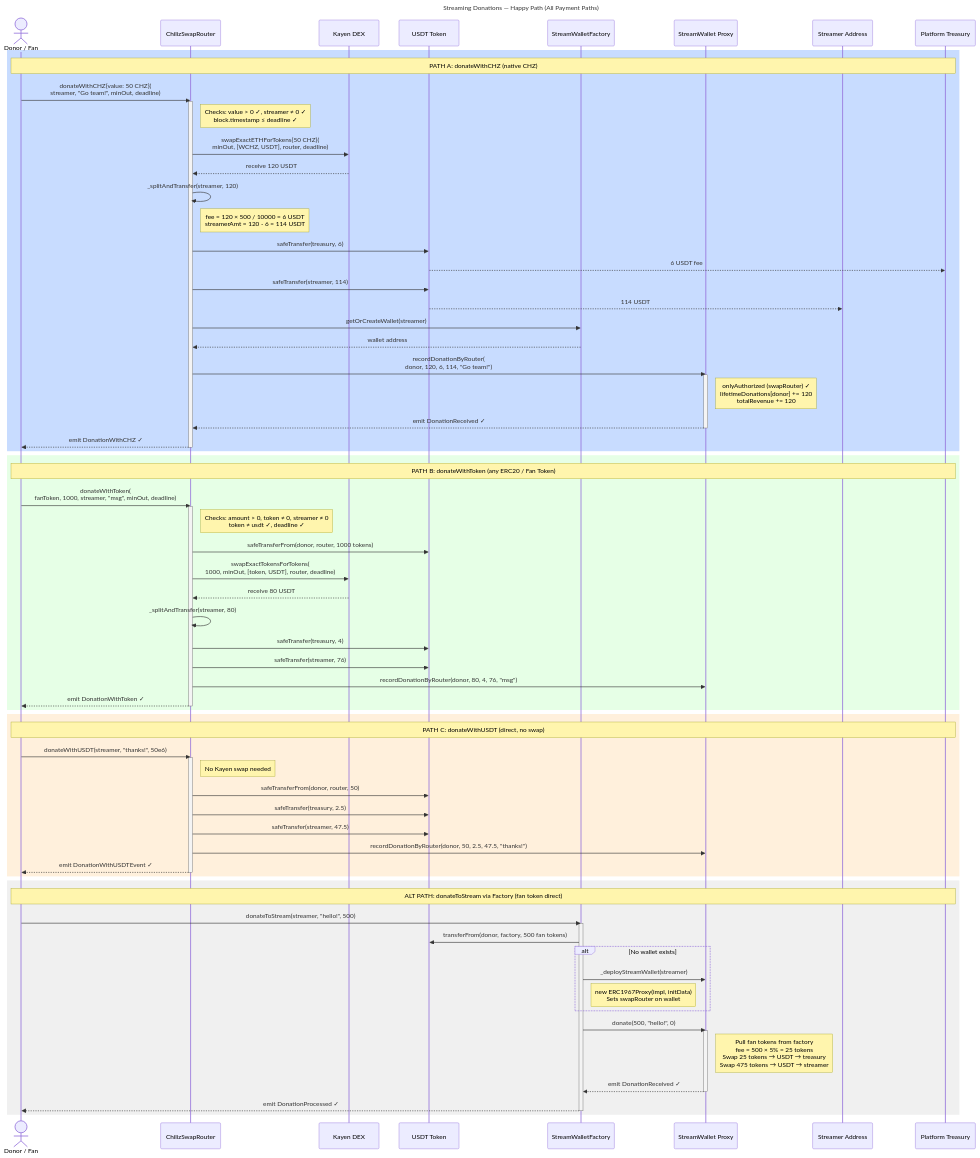
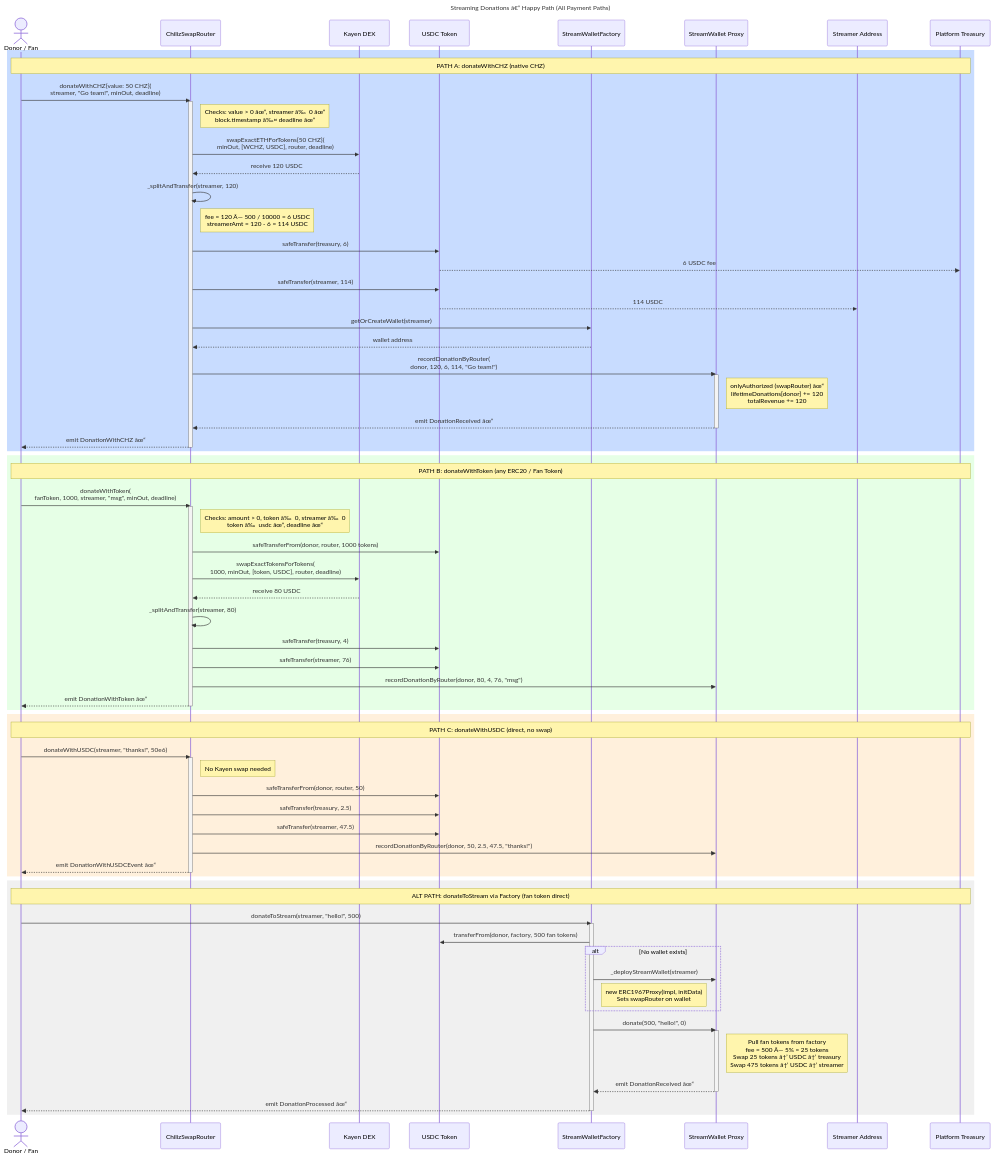
Before and after one commit to ChilizTV/smart-contracts: the fifth of 8 diagrams in SEQUENCE_DIAGRAMS.md, drawn with Mermaid. The commit also changed other lines of this file and 1 other file, not shown here.

````diff
--- a/SEQUENCE_DIAGRAMS.md
+++ b/SEQUENCE_DIAGRAMS.md
@@ -454,12 +454,12 @@
 ```mermaid
 sequenceDiagram
-    title Streaming Donations — Happy Path (All Payment Paths)
+    title Streaming Donations â€” Happy Path (All Payment Paths)
 
     actor Donor as Donor / Fan
     
     participant SwapRouter as ChilizSwapRouter
     participant Kayen as Kayen DEX
-    participant USDT as USDT Token
+    participant USDC as USDC Token
     participant SWFactory as StreamWalletFactory
     participant Wallet as StreamWallet Proxy
     participant Streamer as Streamer Address
@@ -470,30 +470,30 @@
 
         Donor->>SwapRouter: donateWithCHZ{value: 50 CHZ}(<br/>  streamer, "Go team!", minOut, deadline)
         activate SwapRouter
-        Note right of SwapRouter: Checks: value > 0 ✓, streamer ≠ 0 ✓<br/>block.timestamp ≤ deadline ✓
+        Note right of SwapRouter: Checks: value > 0 âœ“, streamer â‰  0 âœ“<br/>block.timestamp â‰¤ deadline âœ“
 
-        SwapRouter->>Kayen: swapExactETHForTokens{50 CHZ}(<br/>  minOut, [WCHZ, USDT], router, deadline)
-        Kayen-->>SwapRouter: receive 120 USDT
+        SwapRouter->>Kayen: swapExactETHForTokens{50 CHZ}(<br/>  minOut, [WCHZ, USDC], router, deadline)
+        Kayen-->>SwapRouter: receive 120 USDC
 
         SwapRouter->>SwapRouter: _splitAndTransfer(streamer, 120)
-        Note right of SwapRouter: fee = 120 × 500 / 10000 = 6 USDT<br/>streamerAmt = 120 - 6 = 114 USDT
+        Note right of SwapRouter: fee = 120 Ã— 500 / 10000 = 6 USDC<br/>streamerAmt = 120 - 6 = 114 USDC
 
-        SwapRouter->>USDT: safeTransfer(treasury, 6)
-        USDT-->>Treasury: 6 USDT fee
+        SwapRouter->>USDC: safeTransfer(treasury, 6)
+        USDC-->>Treasury: 6 USDC fee
 
-        SwapRouter->>USDT: safeTransfer(streamer, 114)
-        USDT-->>Streamer: 114 USDT
+        SwapRouter->>USDC: safeTransfer(streamer, 114)
+        USDC-->>Streamer: 114 USDC
 
         SwapRouter->>SWFactory: getOrCreateWallet(streamer)
         SWFactory-->>SwapRouter: wallet address
 
         SwapRouter->>Wallet: recordDonationByRouter(<br/>  donor, 120, 6, 114, "Go team!")
         activate Wallet
-        Note right of Wallet: onlyAuthorized (swapRouter) ✓<br/>lifetimeDonations[donor] += 120<br/>totalRevenue += 120
-        Wallet-->>SwapRouter: emit DonationReceived ✓
+        Note right of Wallet: onlyAuthorized (swapRouter) âœ“<br/>lifetimeDonations[donor] += 120<br/>totalRevenue += 120
+        Wallet-->>SwapRouter: emit DonationReceived âœ“
         deactivate Wallet
 
-        SwapRouter-->>Donor: emit DonationWithCHZ ✓
+        SwapRouter-->>Donor: emit DonationWithCHZ âœ“
         deactivate SwapRouter
     end
 
@@ -502,32 +502,32 @@
 
         Donor->>SwapRouter: donateWithToken(<br/>  fanToken, 1000, streamer, "msg", minOut, deadline)
         activate SwapRouter
-        Note right of SwapRouter: Checks: amount > 0, token ≠ 0, streamer ≠ 0<br/>token ≠ usdt ✓, deadline ✓
+        Note right of SwapRouter: Checks: amount > 0, token â‰  0, streamer â‰  0<br/>token â‰  usdc âœ“, deadline âœ“
 
-        SwapRouter->>USDT: safeTransferFrom(donor, router, 1000 tokens)
-        SwapRouter->>Kayen: swapExactTokensForTokens(<br/>  1000, minOut, [token, USDT], router, deadline)
-        Kayen-->>SwapRouter: receive 80 USDT
+        SwapRouter->>USDC: safeTransferFrom(donor, router, 1000 tokens)
+        SwapRouter->>Kayen: swapExactTokensForTokens(<br/>  1000, minOut, [token, USDC], router, deadline)
+        Kayen-->>SwapRouter: receive 80 USDC
 
         SwapRouter->>SwapRouter: _splitAndTransfer(streamer, 80)
-        SwapRouter->>USDT: safeTransfer(treasury, 4)
-        SwapRouter->>USDT: safeTransfer(streamer, 76)
+        SwapRouter->>USDC: safeTransfer(treasury, 4)
+        SwapRouter->>USDC: safeTransfer(streamer, 76)
         SwapRouter->>Wallet: recordDonationByRouter(donor, 80, 4, 76, "msg")
-        SwapRouter-->>Donor: emit DonationWithToken ✓
+        SwapRouter-->>Donor: emit DonationWithToken âœ“
         deactivate SwapRouter
     end
 
     rect rgb(255, 240, 220)
-        Note over Donor,Treasury: PATH C: donateWithUSDT (direct, no swap)
+        Note over Donor,Treasury: PATH C: donateWithUSDC (direct, no swap)
 
-        Donor->>SwapRouter: donateWithUSDT(streamer, "thanks!", 50e6)
+        Donor->>SwapRouter: donateWithUSDC(streamer, "thanks!", 50e6)
         activate SwapRouter
         Note right of SwapRouter: No Kayen swap needed
 
-        SwapRouter->>USDT: safeTransferFrom(donor, router, 50)
-        SwapRouter->>USDT: safeTransfer(treasury, 2.5)
-        SwapRouter->>USDT: safeTransfer(streamer, 47.5)
+        SwapRouter->>USDC: safeTransferFrom(donor, router, 50)
+        SwapRouter->>USDC: safeTransfer(treasury, 2.5)
+        SwapRouter->>USDC: safeTransfer(streamer, 47.5)
         SwapRouter->>Wallet: recordDonationByRouter(donor, 50, 2.5, 47.5, "thanks!")
-        SwapRouter-->>Donor: emit DonationWithUSDTEvent ✓
+        SwapRouter-->>Donor: emit DonationWithUSDCEvent âœ“
         deactivate SwapRouter
     end
 
@@ -536,7 +536,7 @@
 
         Donor->>SWFactory: donateToStream(streamer, "hello!", 500)
         activate SWFactory
-        SWFactory->>USDT: transferFrom(donor, factory, 500 fan tokens)
+        SWFactory->>USDC: transferFrom(donor, factory, 500 fan tokens)
         
         alt No wallet exists
             SWFactory->>Wallet: _deployStreamWallet(streamer)
@@ -545,10 +545,10 @@
 
         SWFactory->>Wallet: donate(500, "hello!", 0)
         activate Wallet
-        Note right of Wallet: Pull fan tokens from factory<br/>fee = 500 × 5% = 25 tokens<br/>Swap 25 tokens → USDT → treasury<br/>Swap 475 tokens → USDT → streamer
-        Wallet-->>SWFactory: emit DonationReceived ✓
+        Note right of Wallet: Pull fan tokens from factory<br/>fee = 500 Ã— 5% = 25 tokens<br/>Swap 25 tokens â†’ USDC â†’ treasury<br/>Swap 475 tokens â†’ USDC â†’ streamer
+        Wallet-->>SWFactory: emit DonationReceived âœ“
         deactivate Wallet
-        SWFactory-->>Donor: emit DonationProcessed ✓
+        SWFactory-->>Donor: emit DonationProcessed âœ“
         deactivate SWFactory
     end
 ```
````
